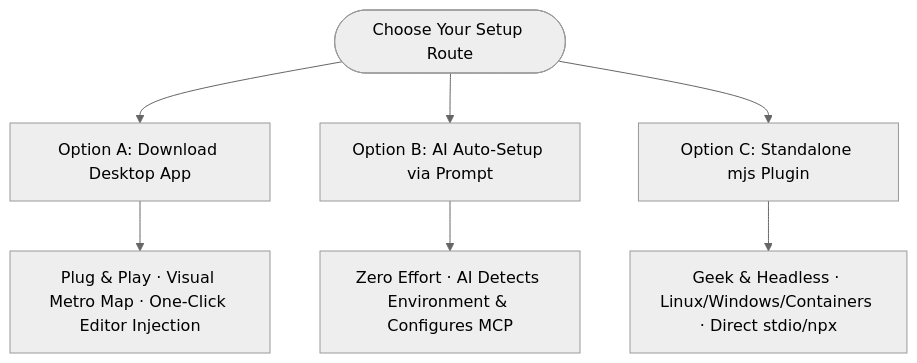
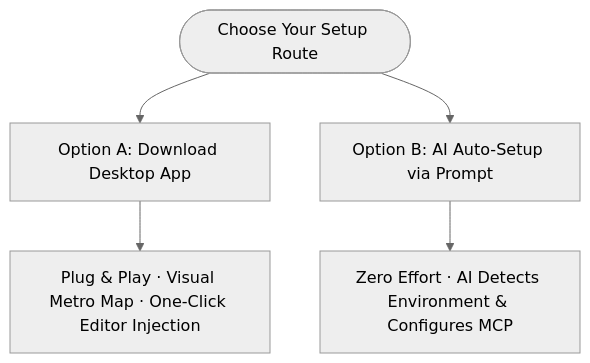
The diagram in README.md (yubinbin32-ops/ContextOS), drawn with Mermaid (neutral theme) before and after one commit. The commit also changed other lines of this file and 143 other files, not shown here.

````diff
--- a/README.md
+++ b/README.md
@@ -55,10 +100,8 @@
 ```mermaid
 graph TD
     User([Choose Your Setup Route]) --> ChoiceA[Option A: Download Desktop App]
     User --> ChoiceB[Option B: AI Auto-Setup via Prompt]
-    User --> ChoiceC[Option C: Standalone mjs Plugin]
     
     ChoiceA --> FlowA[Plug & Play · Visual Metro Map · One-Click Editor Injection]
     ChoiceB --> FlowB[Zero Effort · AI Detects Environment & Configures MCP]
-    ChoiceC --> FlowC[Geek & Headless · Linux/Windows/Containers · Direct stdio/npx]
 ```
````
